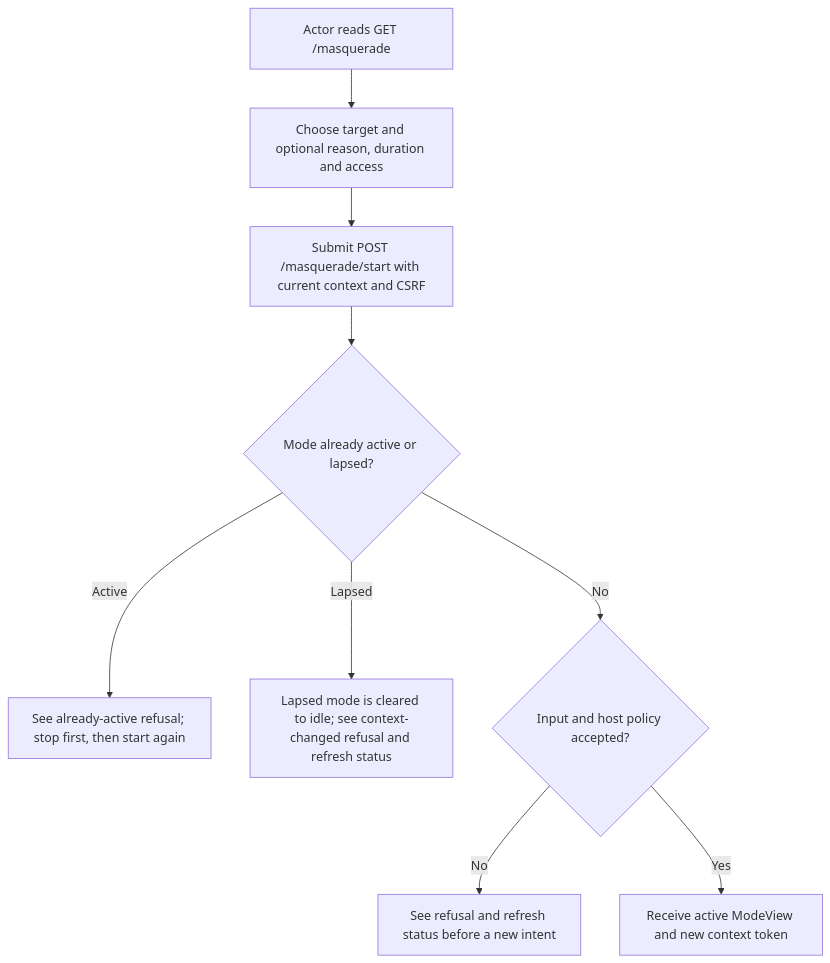
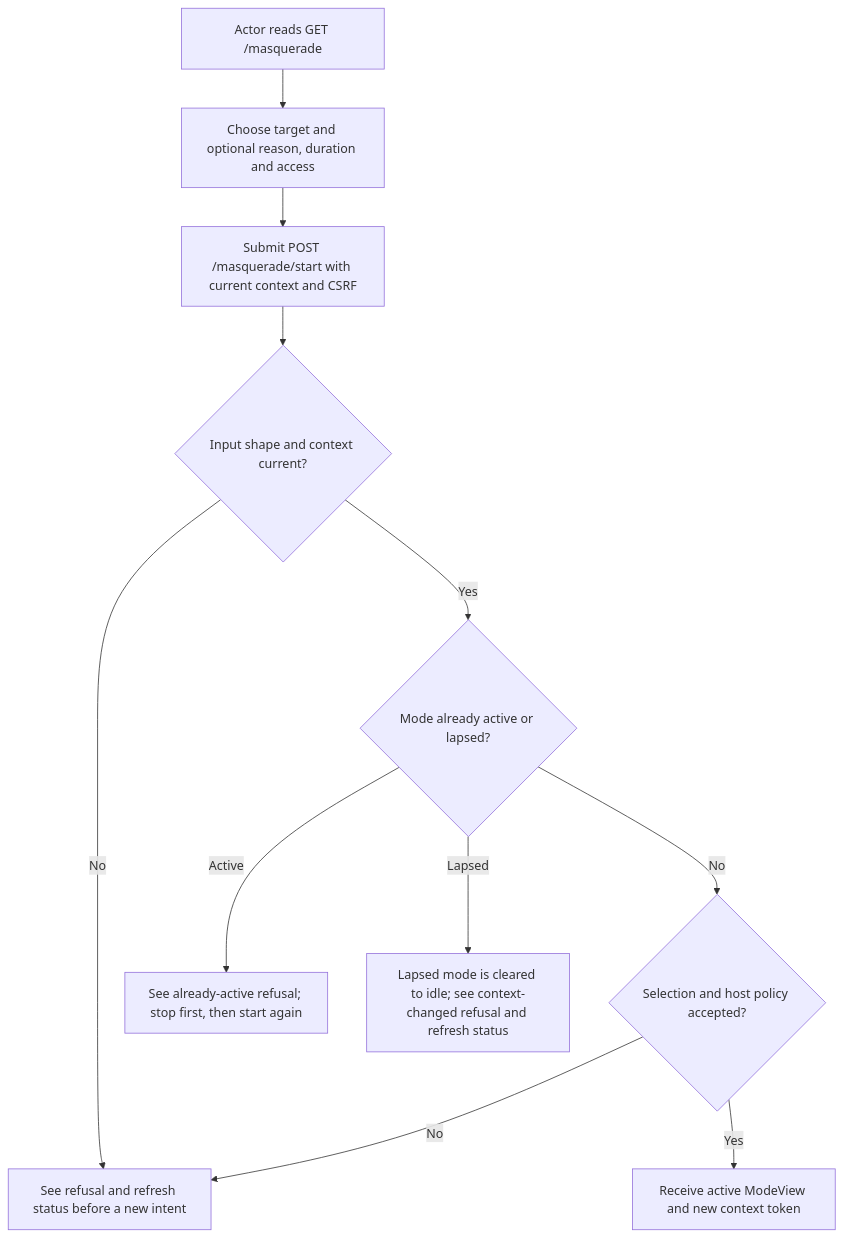
The first of 2 diagrams in user-stories/start-stop-mode/us-actor-01-start-stop-mode.md (Kevinjohn/oss-adonisjs-masquerade), drawn with Mermaid before and after one commit. The commit also changed other lines of this file and 2 other files, not shown here.

Commit message:
docs: address user story review findings

````diff
--- a/user-stories/start-stop-mode/us-actor-01-start-stop-mode.md
+++ b/user-stories/start-stop-mode/us-actor-01-start-stop-mode.md
@@ -30,11 +30,13 @@
 ```mermaid
 flowchart TD
     A["Actor reads GET /masquerade"] --> B["Choose target and optional reason, duration and access"]
     B --> C["Submit POST /masquerade/start with current context and CSRF"]
-    C --> D{"Mode already active or lapsed?"}
+    C --> V{"Input shape and context current?"}
+    V -->|No| E["See refusal and refresh status before a new intent"]
+    V -->|Yes| D{"Mode already active or lapsed?"}
     D -->|Active| E2["See already-active refusal; stop first, then start again"]
     D -->|Lapsed| E3["Lapsed mode is cleared to idle; see context-changed refusal and refresh status"]
-    D -->|No| D2{"Input and host policy accepted?"}
-    D2 -->|No| E["See refusal and refresh status before a new intent"]
+    D -->|No| D2{"Selection and host policy accepted?"}
+    D2 -->|No| E
     D2 -->|Yes| F["Receive active ModeView and new context token"]
 ```
````
